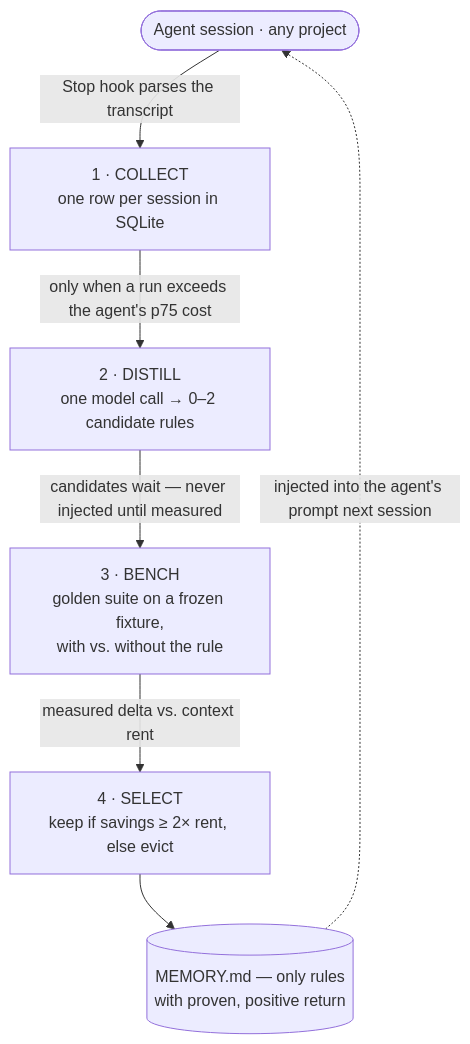
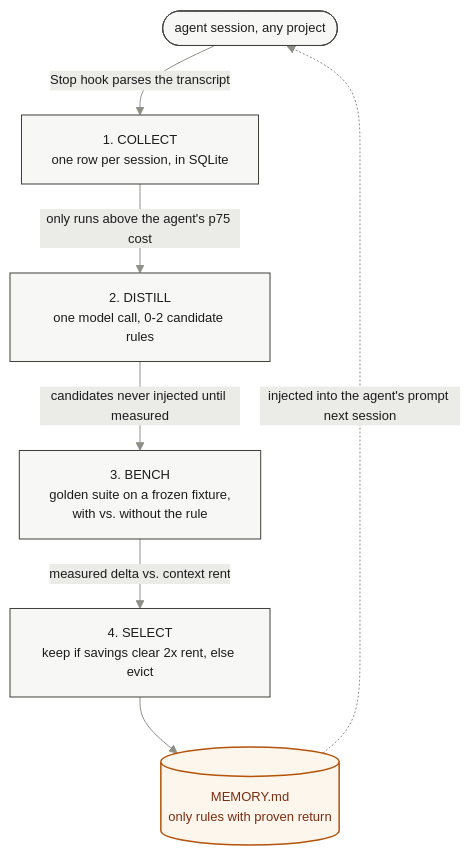
The first of 3 diagrams in README.md (vukkt/token-warden), drawn with Mermaid before and after one commit. The commit also changed other lines of this file and 87 other files, not shown here.

````diff
--- a/README.md
+++ b/README.md
@@ -29,9 +37,13 @@
 ```mermaid
+%%{init: {"theme":"base","themeVariables":{"fontFamily":"ui-monospace, SFMono-Regular, Menlo, monospace","fontSize":"13px","primaryColor":"#f7f7f5","primaryTextColor":"#1c1c1c","primaryBorderColor":"#3f3f3c","secondaryColor":"#ebebe8","tertiaryColor":"#ffffff","lineColor":"#8f8f88","textColor":"#1c1c1c"}}}%%
 flowchart TD
-    A([Agent session · any project]) -->|"Stop hook parses the transcript"| B[1 · COLLECT<br/>one row per session in SQLite]
-    B -->|"only when a run exceeds the agent's p75 cost"| C[2 · DISTILL<br/>one model call → 0–2 candidate rules]
-    C -->|"candidates wait — never injected until measured"| D[3 · BENCH<br/>golden suite on a frozen fixture,<br/>with vs. without the rule]
-    D -->|"measured delta vs. context rent"| E[4 · SELECT<br/>keep if savings ≥ 2× rent, else evict]
-    E --> F[("MEMORY.md — only rules<br/>with proven, positive return")]
+    A(["agent session, any project"]) -->|"Stop hook parses the transcript"| B["1. COLLECT<br/>one row per session, in SQLite"]
+    B -->|"only runs above the agent's p75 cost"| C["2. DISTILL<br/>one model call, 0-2 candidate rules"]
+    C -->|"candidates never injected until measured"| D["3. BENCH<br/>golden suite on a frozen fixture,<br/>with vs. without the rule"]
+    D -->|"measured delta vs. context rent"| E["4. SELECT<br/>keep if savings clear 2x rent, else evict"]
+    E --> F[("MEMORY.md<br/>only rules with proven return")]
     F -.->|"injected into the agent's prompt next session"| A
+
+    classDef accent fill:#fdf6ec,stroke:#b45309,stroke-width:1.5px,color:#7c2d12;
+    class F accent;
 ```
````
